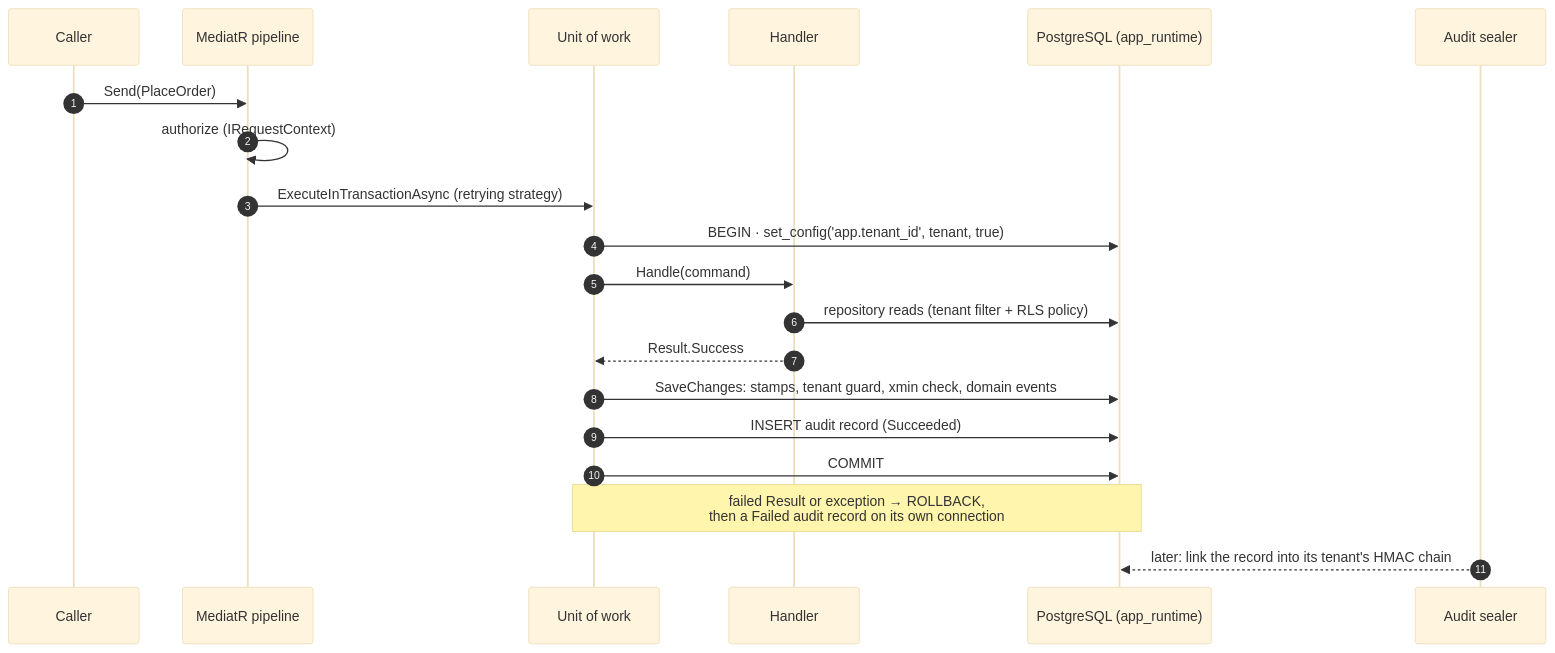
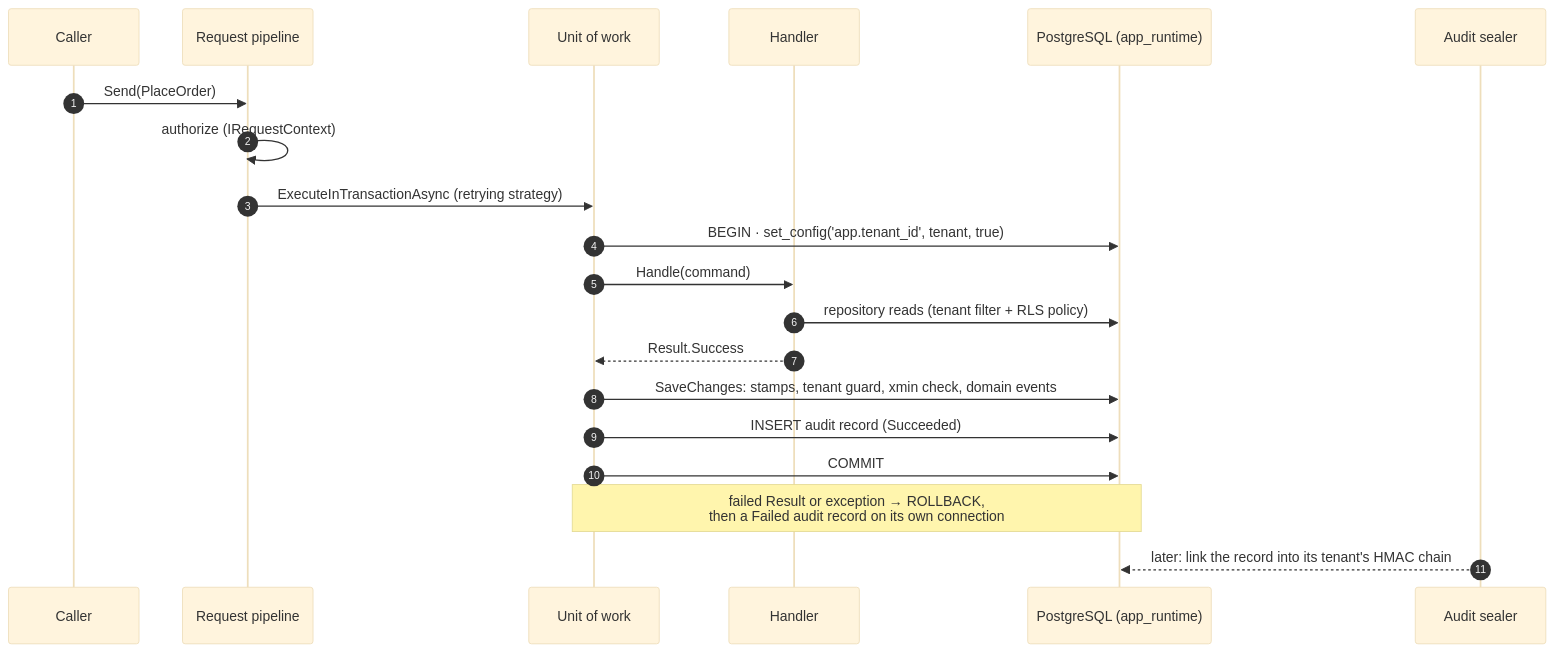
The second of 3 diagrams in 06.Persistence/README.md (Gresta-Vertex-Labs/platform-shared-kernel), drawn with Mermaid (base theme) before and after one commit. The commit also changed other lines of this file and 167 other files, not shown here.

````diff
--- a/06.Persistence/README.md
+++ b/06.Persistence/README.md
@@ -103,23 +103,23 @@
 ```mermaid
 sequenceDiagram
     autonumber
     participant C as Caller
-    participant P as MediatR pipeline
+    participant P as Request pipeline
     participant U as Unit of work
     participant H as Handler
     participant DB as PostgreSQL (app_runtime)
     participant S as Audit sealer
 
     C->>P: Send(PlaceOrder)
     P->>P: authorize (IRequestContext)
     P->>U: ExecuteInTransactionAsync (retrying strategy)
     U->>DB: BEGIN · set_config('app.tenant_id', tenant, true)
     U->>H: Handle(command)
     H->>DB: repository reads (tenant filter + RLS policy)
     H-->>U: Result.Success
     U->>DB: SaveChanges: stamps, tenant guard, xmin check, domain events
     U->>DB: INSERT audit record (Succeeded)
     U->>DB: COMMIT
     Note over U,DB: failed Result or exception → ROLLBACK,<br/>then a Failed audit record on its own connection
     S-->>DB: later: link the record into its tenant's HMAC chain
 ```
````
